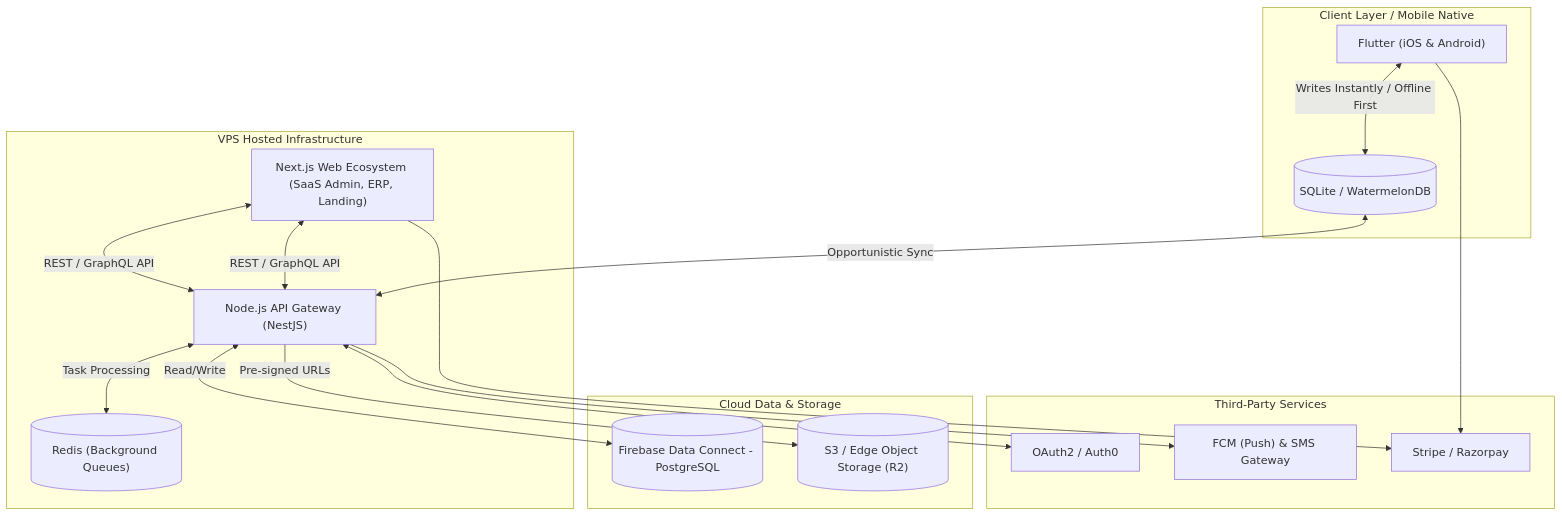
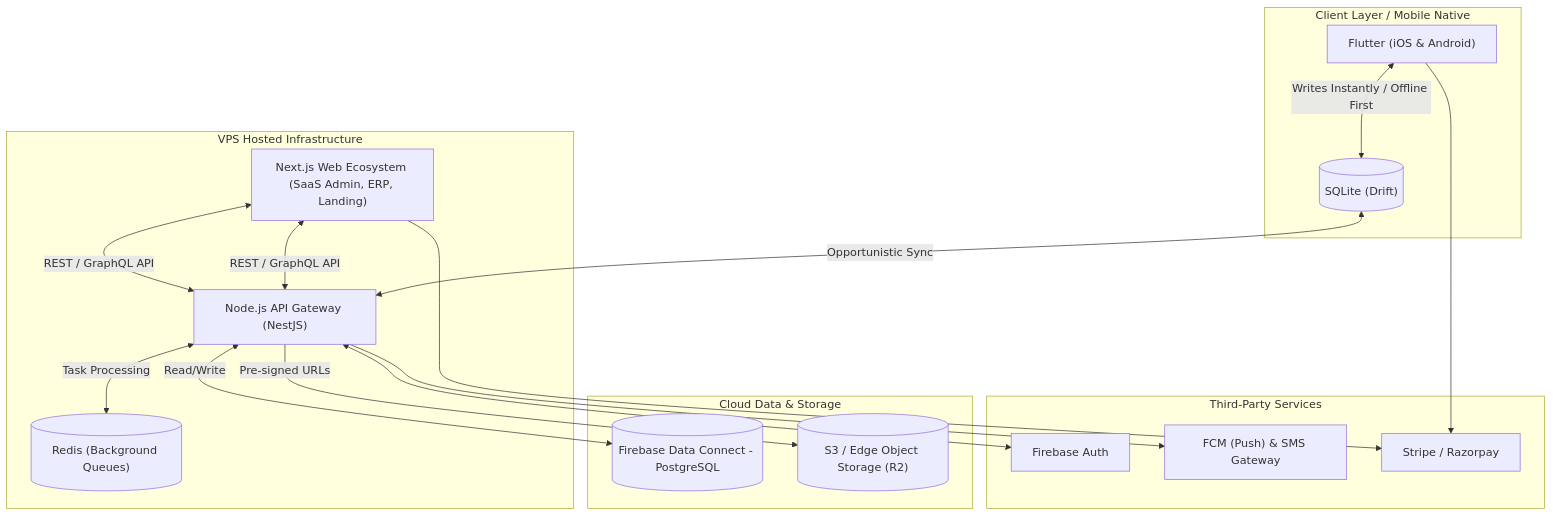
Before and after one commit to eddy7896/OSCH: diagram 15 of 15 in documentation/OruSchools SSOT.md, drawn with Mermaid. The commit also changed other lines of this file and 533 other files, not shown here.

````diff
--- a/documentation/OruSchools SSOT.md
+++ b/documentation/OruSchools SSOT.md
@@ -392,43 +392,43 @@
 ```mermaid
 graph TB
     subgraph ClientLayer [Client Layer / Mobile Native]
         Flutter["Flutter (iOS & Android)"]
-        SQLite[("SQLite / WatermelonDB")]
+        SQLite[("SQLite (Drift)")]
         
         Flutter <-->|Writes Instantly / Offline First| SQLite
     end
 
     subgraph VPSHostingLayer [VPS Hosted Infrastructure]
         Next["Next.js Web Ecosystem (SaaS Admin, ERP, Landing)"]
         Node["Node.js API Gateway (NestJS)"]
         Redis[("Redis (Background Queues)")]
         
         Node <-->|Task Processing| Redis
         Next <-->|REST / GraphQL API| Node
     end
 
     subgraph DataLayer [Cloud Data & Storage]
         Postgres[("Firebase Data Connect - PostgreSQL")]
         S3[("S3 / Edge Object Storage (R2)")]
     end
 
     subgraph ExternalServices [Third-Party Services]
-        Auth["OAuth2 / Auth0"]
+        Auth["Firebase Auth"]
         Comm["FCM (Push) & SMS Gateway"]
         Pay["Stripe / Razorpay"]
     end
 
     %% Network Connections
     Next <-->|REST / GraphQL API| Node
     SQLite <-->|Opportunistic Sync| Node
     
     Node <-->|Read/Write| Postgres
     Node -->|Pre-signed URLs| S3
     
     %% Service Integrations
     Node <--> Auth
     Node --> Comm
     Next --> Pay
     Flutter --> Pay
 
 ```
````
